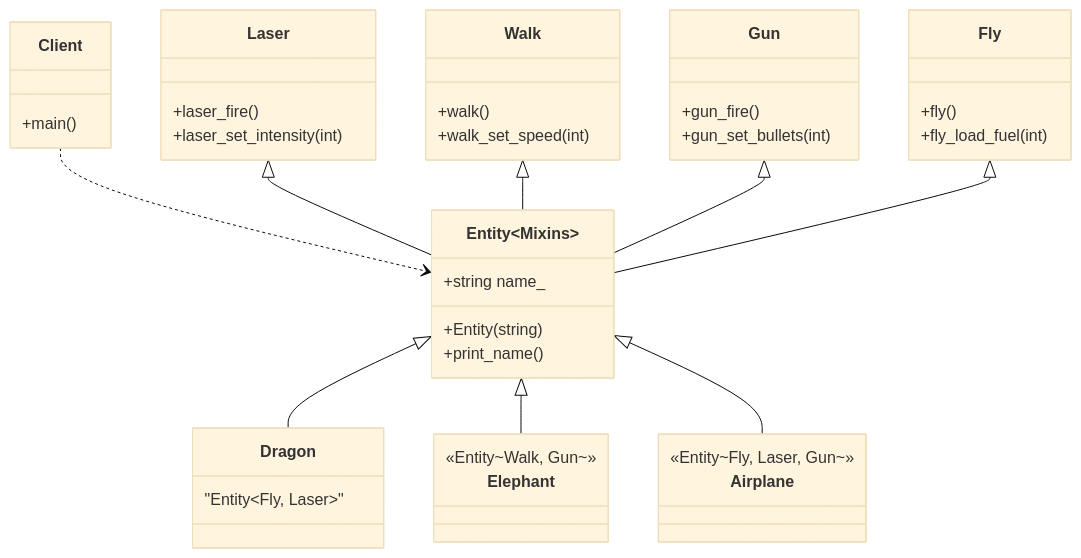
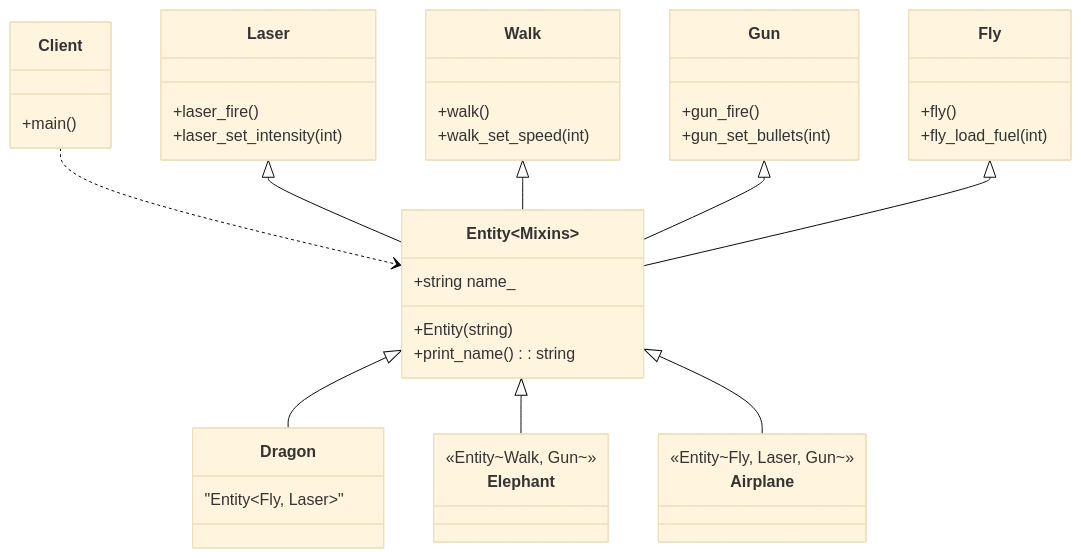
Before and after one commit to Cichlidfishexigency721/Modern-CPP-Design-Patterns: the diagram in 15_Mixin/01_Simple/diagram.md, drawn with Mermaid (base theme). The commit also changed 1 other file, not shown here.

Commit message:
UML improvement

````diff
--- a/15_Mixin/01_Simple/diagram.md
+++ b/15_Mixin/01_Simple/diagram.md
@@ -3,57 +3,57 @@
 ```mermaid
 classDiagram
 %%---------------------------------------------------------------------- Main:
    class Client {
       +main()
    }
 
 %%---------------------------------------------------- Features (Mixin Parts):
    class Laser {
       +laser_fire()
       +laser_set_intensity(int)
    }
 
    class Walk {
       +walk()
       +walk_set_speed(int)
    }
 
    class Gun {
       +gun_fire()
       +gun_set_bullets(int)
    }
 
    class Fly {
       +fly()
       +fly_load_fuel(int)
    }
 
 %%--------------------------------------------------------------------- Entity:
    class Entity~Mixins~ {
       +string name_
       +Entity(string)
-      +print_name()
+      +print_name() : string
    }
 
 %%------------------------------------------------------------ Mixin Entities:
    %% Mixin entities defined by type aliases in the code
    class Dragon { "Entity~Fly, Laser~" }
    class Elephant { <<Entity~Walk, Gun~>> }
    class Airplane { <<Entity~Fly, Laser, Gun~>> }
 
 %%----------------------------------------------------------- UML Composition:
    %% The client has an Entity<Mixins>>
    Client ..> Entity~Mixins~
 
    %% Multiple Inheritance (Horizontal Composition)
    %% Inheritance arrows do not use multiplicity numbers
    Laser <|-- Entity~Mixins~
    Walk <|-- Entity~Mixins~
    Gun <|-- Entity~Mixins~
    Fly <|-- Entity~Mixins~
 
    %% Relationships for specific types
    Entity~Mixins~ <|-- Dragon
    Entity~Mixins~ <|-- Elephant
    Entity~Mixins~ <|-- Airplane
 ```
````
